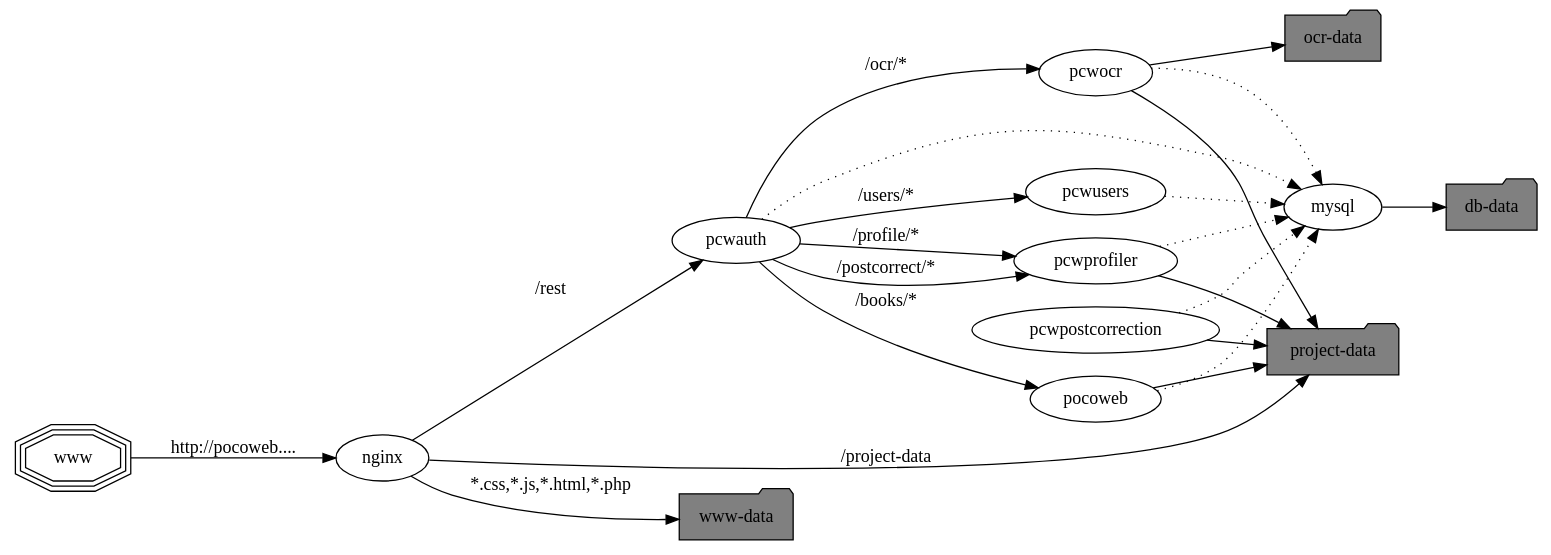
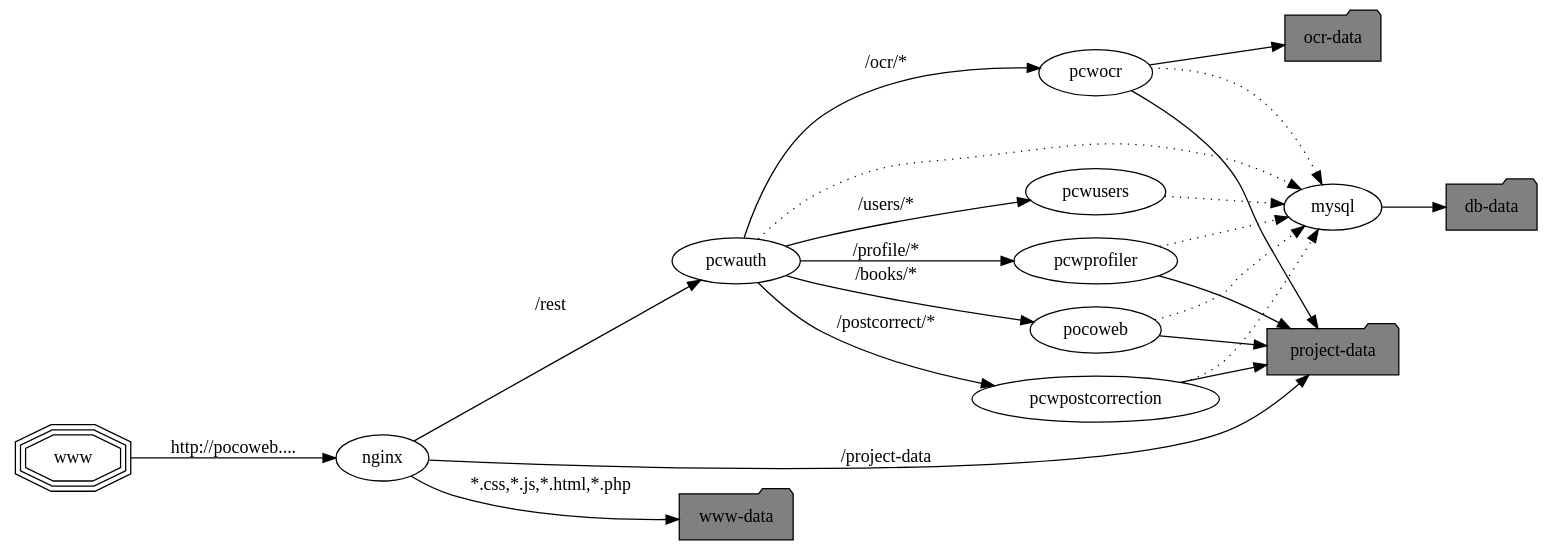
Before and after one commit to cisocrgroup/pocoweb: the diagram in frontend/public_html/img/doc/overview.dot, drawn with Graphviz.

Commit message:
Fix double linking between pcwauth and pcwprofiler

```diff
--- a/frontend/public_html/img/doc/overview.dot
+++ b/frontend/public_html/img/doc/overview.dot
@@ -1,38 +1,38 @@
 digraph ov {
  rankdir=LR;
  www [shape=tripleoctagon]
  nginx
  pocoweb
  mysql
  pcwauth
  pcwusers
  pcwprofiler
  pcwpostcorrection
  pcwocr
  wwwd [label="www-data" shape=folder fillcolor=gray style=filled]
  projectd [label="project-data" shape=folder fillcolor=gray style=filled]
  ocrd [label="ocr-data" shape=folder fillcolor=gray style=filled]
  dbd [label="db-data" shape=folder fillcolor=gray style=filled]
 
  www -> nginx [label="http://pocoweb...."]
  nginx -> pcwauth [label="/rest"]
  nginx -> projectd [label="/project-data"]
  nginx -> wwwd [label="*.css,*.js,*.html,*.php"]
  pocoweb -> mysql [style=dotted]
  pocoweb -> projectd
  pcwauth -> pocoweb [label="/books/*"]
  pcwauth -> pcwusers [label="/users/*"]
  pcwauth -> pcwocr [label="/ocr/*"]
  pcwauth -> pcwprofiler [label="/profile/*"]
- pcwauth -> pcwprofiler [label="/postcorrect/*"]
+ pcwauth -> pcwpostcorrection [label="/postcorrect/*"]
  pcwauth -> mysql [style=dotted]
  pcwprofiler -> projectd
  pcwprofiler -> mysql [style=dotted]
  pcwpostcorrection -> projectd
  pcwpostcorrection -> mysql [style=dotted]
  pcwocr -> projectd
  pcwocr -> mysql [style=dotted]
  pcwocr -> ocrd
  pcwusers -> mysql [style=dotted]
  mysql -> dbd
 }
```
